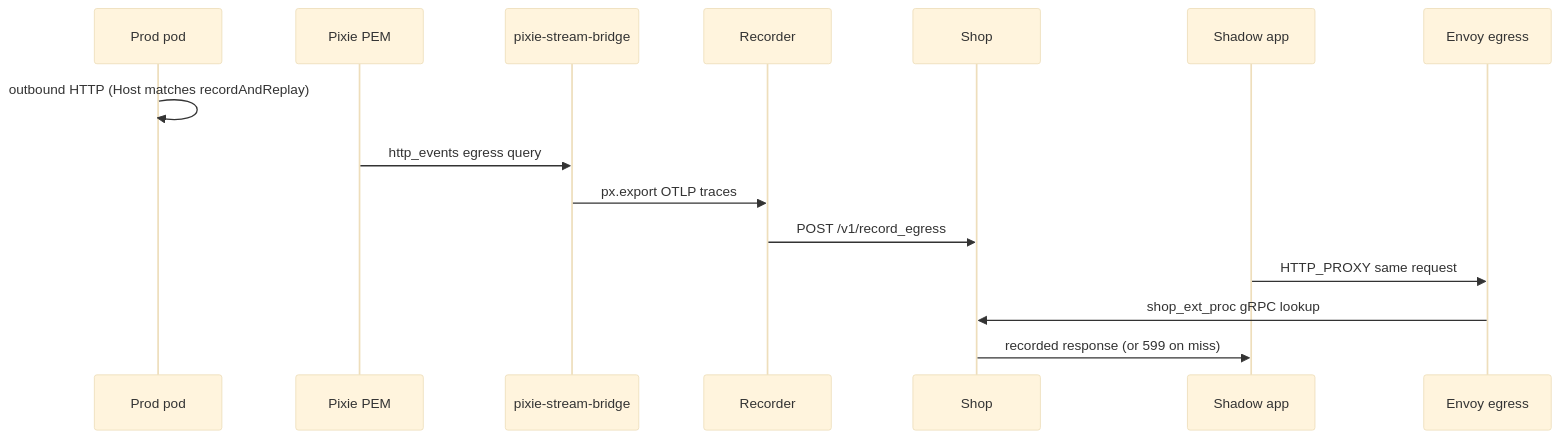
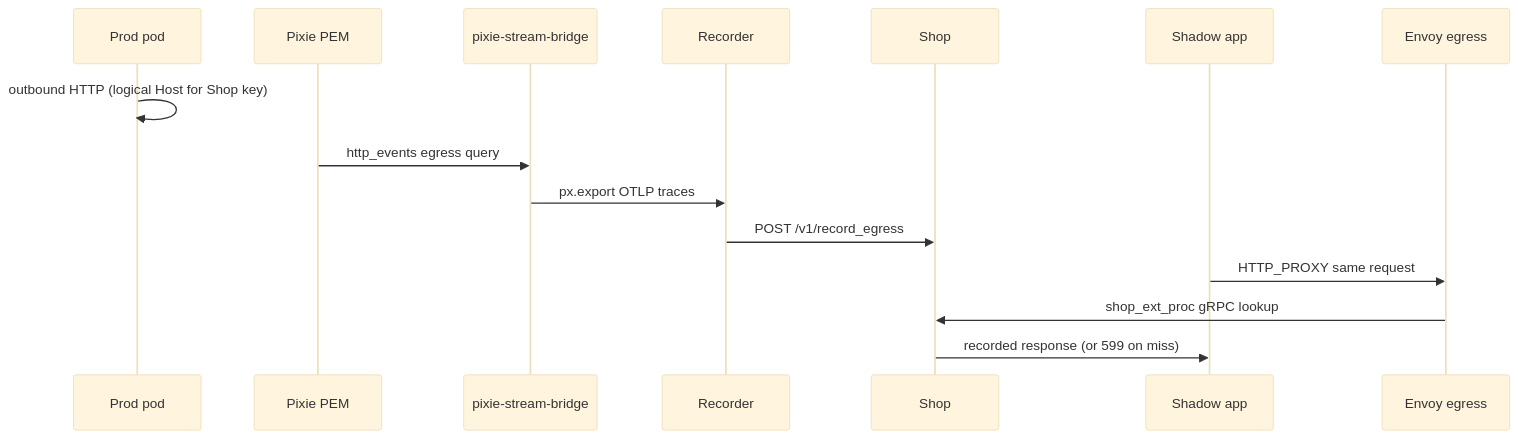
Before and after one commit to nederrgo/shadow-diff: the fifth of 5 diagrams in docs/architecture/ARCHITECTURE.md, drawn with Mermaid (base theme). The commit also changed other lines of this file and 49 other files, not shown here.

````diff
--- a/docs/architecture/ARCHITECTURE.md
+++ b/docs/architecture/ARCHITECTURE.md
@@ -352,18 +361,18 @@
 ```mermaid
 sequenceDiagram
   participant P as Prod pod
   participant Pix as Pixie PEM
   participant Br as pixie-stream-bridge
   participant R as Recorder
   participant S as Shop
   participant Sh as Shadow app
   participant E as Envoy egress
 
-  P->>P: outbound HTTP (Host matches recordAndReplay)
+  P->>P: outbound HTTP (logical Host for Shop key)
   Pix->>Br: http_events egress query
   Br->>R: px.export OTLP traces
   R->>S: POST /v1/record_egress
   Sh->>E: HTTP_PROXY same request
   E->>S: shop_ext_proc gRPC lookup
   S->>Sh: recorded response (or 599 on miss)
 ```
````
